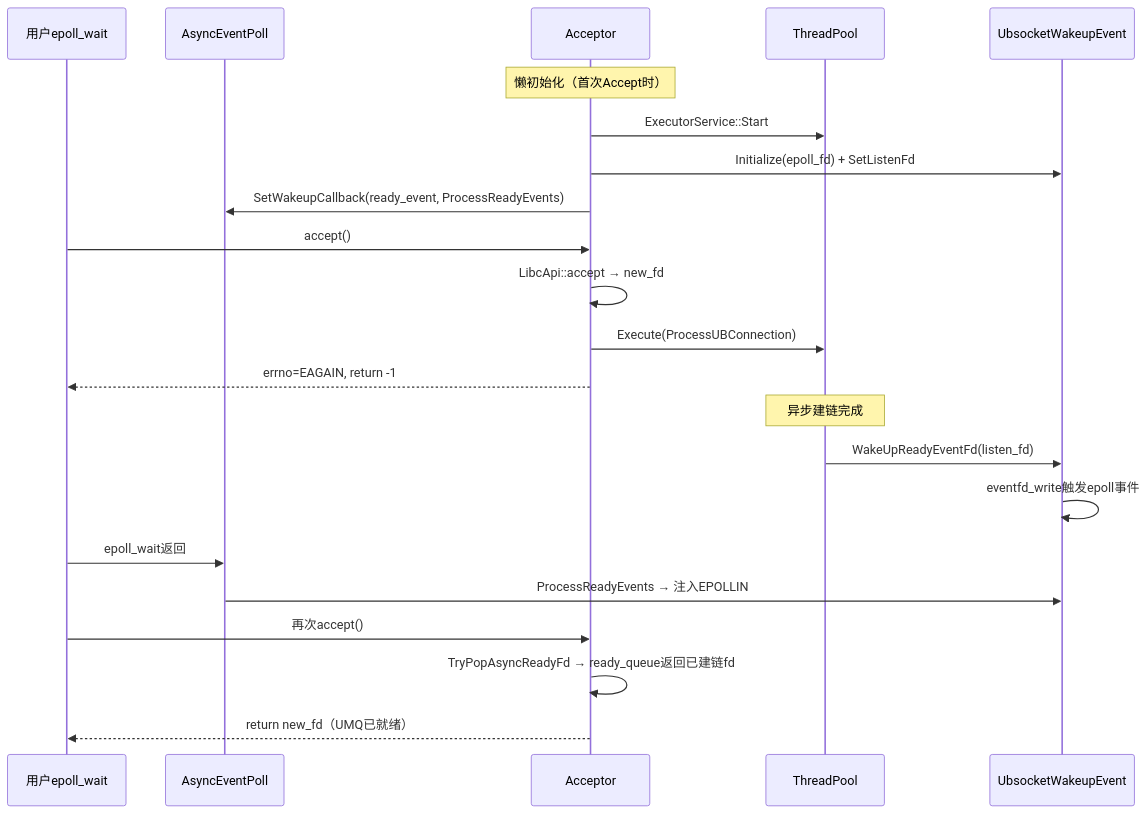
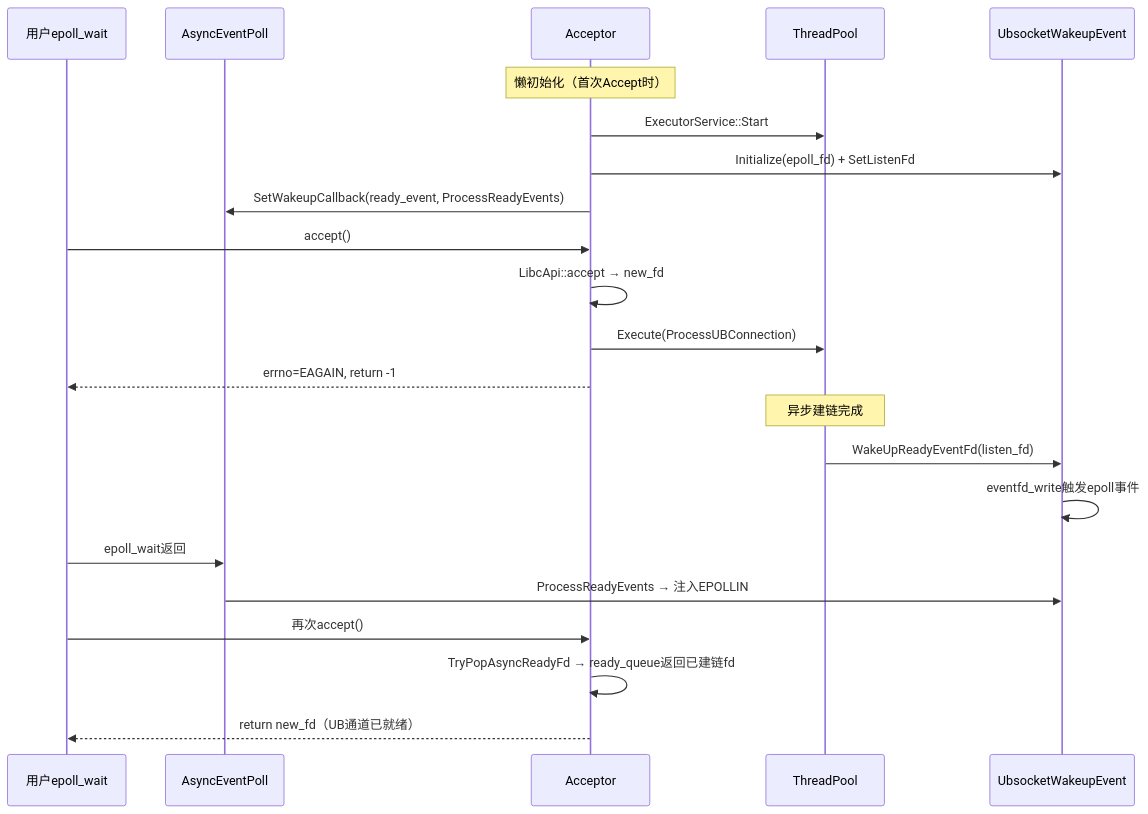
One commit to openeuler-mirror/ubs-comm changed the eighth of 17 diagrams in doc/ubsocket/UBSOCKET-ARCHITECTURE.ch.md. Above: the diagram before and after it, drawn with Mermaid. The commit also changed other lines of this file and 13 other files, not shown here.

````diff
--- a/doc/ubsocket/UBSOCKET-ARCHITECTURE.ch.md
+++ b/doc/ubsocket/UBSOCKET-ARCHITECTURE.ch.md
@@ -366,28 +333,28 @@
 ```mermaid
 sequenceDiagram
     participant APP as 用户epoll_wait
     participant AEP as AsyncEventPoll
     participant A as Acceptor
     participant TP as ThreadPool
     participant WK as UbsocketWakeupEvent
 
     Note over A: 懒初始化（首次Accept时）
     A->>TP: ExecutorService::Start
     A->>WK: Initialize(epoll_fd) + SetListenFd
     A->>AEP: SetWakeupCallback(ready_event, ProcessReadyEvents)
 
     APP->>A: accept()
     A->>A: LibcApi::accept → new_fd
     A->>TP: Execute(ProcessUBConnection)
     A-->>APP: errno=EAGAIN, return -1
 
     Note over TP: 异步建链完成
     TP->>WK: WakeUpReadyEventFd(listen_fd)
     WK->>WK: eventfd_write触发epoll事件
 
     APP->>AEP: epoll_wait返回
     AEP->>WK: ProcessReadyEvents → 注入EPOLLIN
     APP->>A: 再次accept()
     A->>A: TryPopAsyncReadyFd → ready_queue返回已建链fd
-    A-->>APP: return new_fd（UMQ已就绪）
+    A-->>APP: return new_fd（UB通道已就绪）
 ```
````
